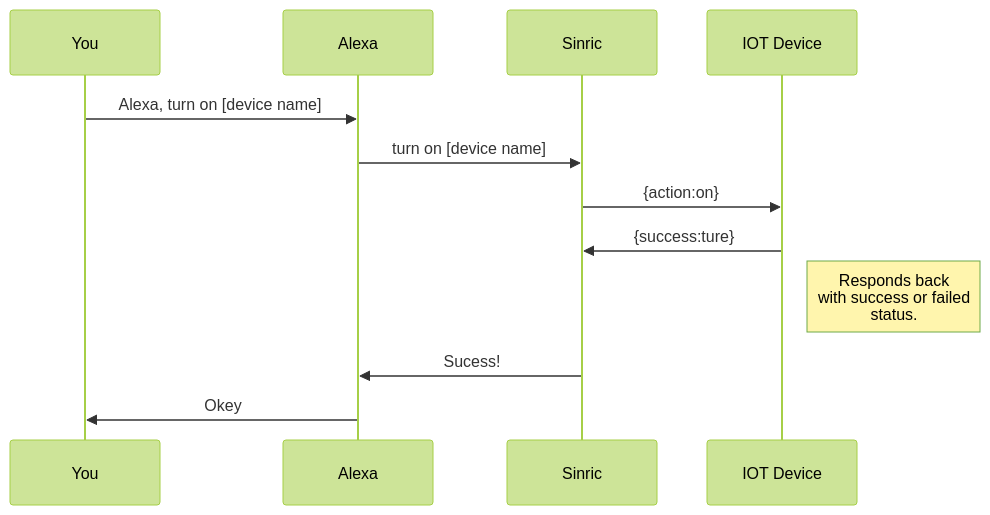
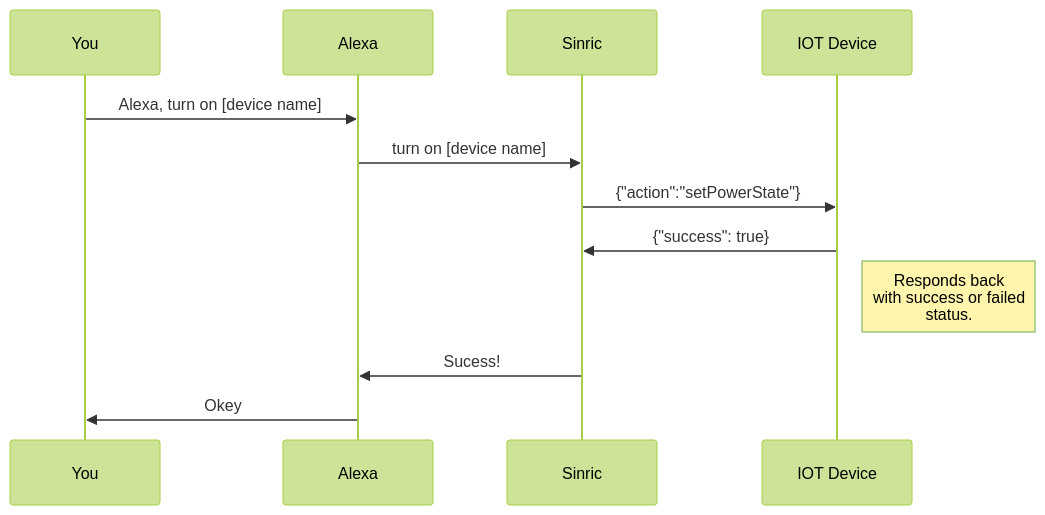
Before and after one commit to kakopappa/sinric-pro-help: the first of 3 diagrams in messages/messages.md, drawn with Mermaid (forest theme). The commit also changed other lines of this file, not shown here.

````diff
--- a/messages/messages.md
+++ b/messages/messages.md
@@ -69,10 +69,10 @@
 ```mermaid
 sequenceDiagram
 You ->> Alexa: Alexa, turn on [device name]
 Alexa->>Sinric: turn on [device name]
-Sinric->>IOT Device: {action:on}
-IOT Device->>Sinric: {success:ture}
+Sinric->>IOT Device: {"action":"setPowerState"}
+IOT Device->>Sinric: {"success": true}
 Note right of IOT Device: Responds back <br/>with success or failed <br/>status.
 Sinric->> Alexa : Sucess!
 Alexa->> You : Okey
 ```
````
